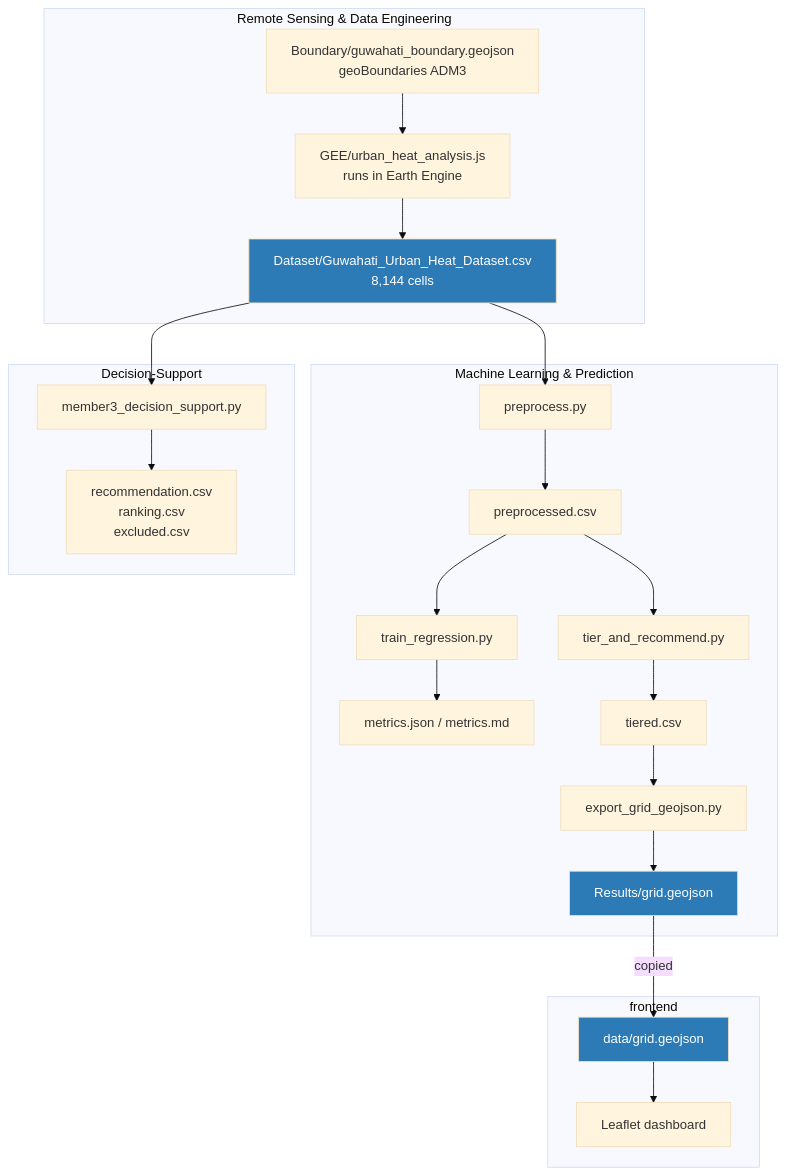
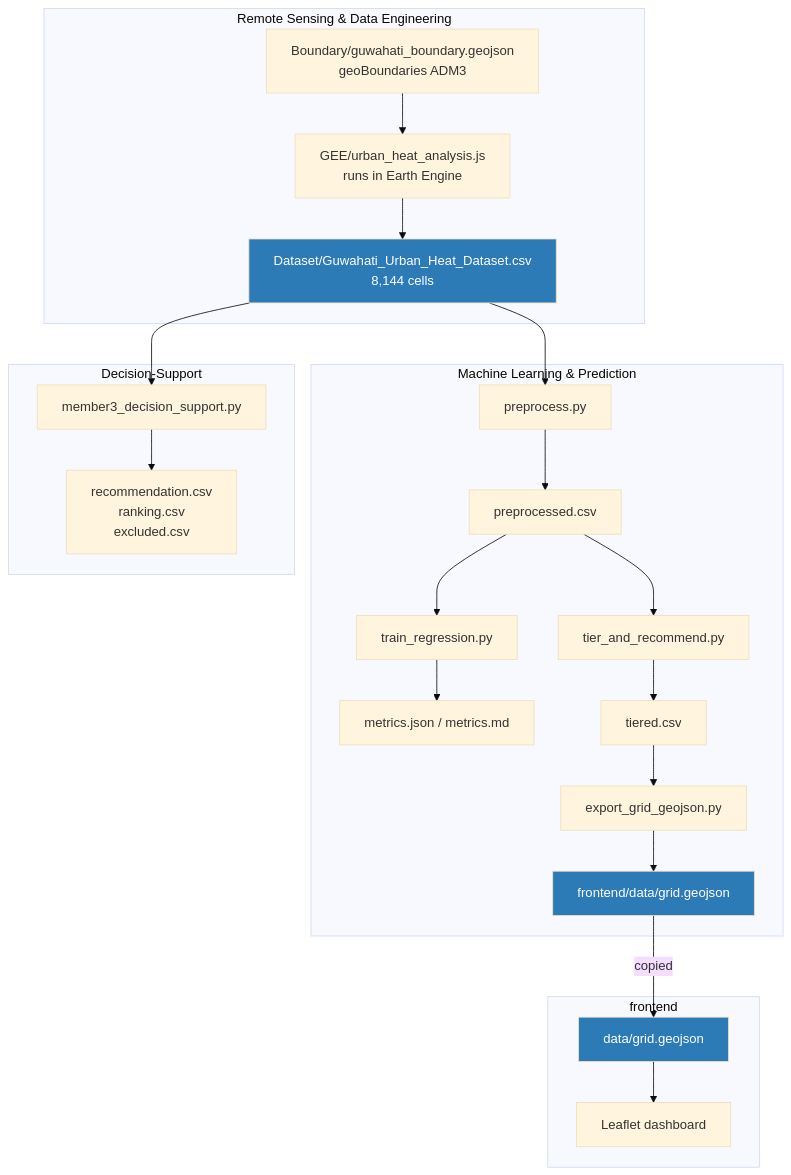
The diagram in docs/01-architecture.md (ankamteja/urban-heat-island-mitigation-simulation), drawn with Mermaid (base theme) before and after one commit. The commit also changed 20 other files, not shown here.

````diff
--- a/docs/01-architecture.md
+++ b/docs/01-architecture.md
@@ -9,36 +9,36 @@
 ```mermaid
 flowchart TB
     subgraph RS["Remote Sensing &amp; Data Engineering"]
         BOUND["Boundary/guwahati_boundary.geojson<br/>geoBoundaries ADM3"]
         GEE["GEE/urban_heat_analysis.js<br/>runs in Earth Engine"]
         BOUND --> GEE
         GEE --> DATASET["Dataset/Guwahati_Urban_Heat_Dataset.csv<br/>8,144 cells"]
     end
 
     subgraph ML["Machine Learning &amp; Prediction"]
         PRE["preprocess.py"] --> PREP["preprocessed.csv"]
         PREP --> TRAIN["train_regression.py"]
         TRAIN --> METRICS["metrics.json / metrics.md"]
         PREP --> TIER["tier_and_recommend.py"]
         TIER --> TIERED["tiered.csv"]
         TIERED --> EXPORT["export_grid_geojson.py"]
-        EXPORT --> GRID["Results/grid.geojson"]
+        EXPORT --> GRID["frontend/data/grid.geojson"]
     end
 
     subgraph DS["Decision-Support"]
         M3["member3_decision_support.py"]
         M3 --> RECS["recommendation.csv<br/>ranking.csv<br/>excluded.csv"]
     end
 
     subgraph FE["frontend"]
         DATA["data/grid.geojson"] --> DASH["Leaflet dashboard"]
     end
 
     DATASET --> PRE
     DATASET --> M3
     GRID -->|"copied"| DATA
 
     style DATASET fill:#2c7bb6,color:#fff
     style GRID fill:#2c7bb6,color:#fff
     style DATA fill:#2c7bb6,color:#fff
 ```
````
